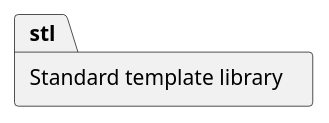
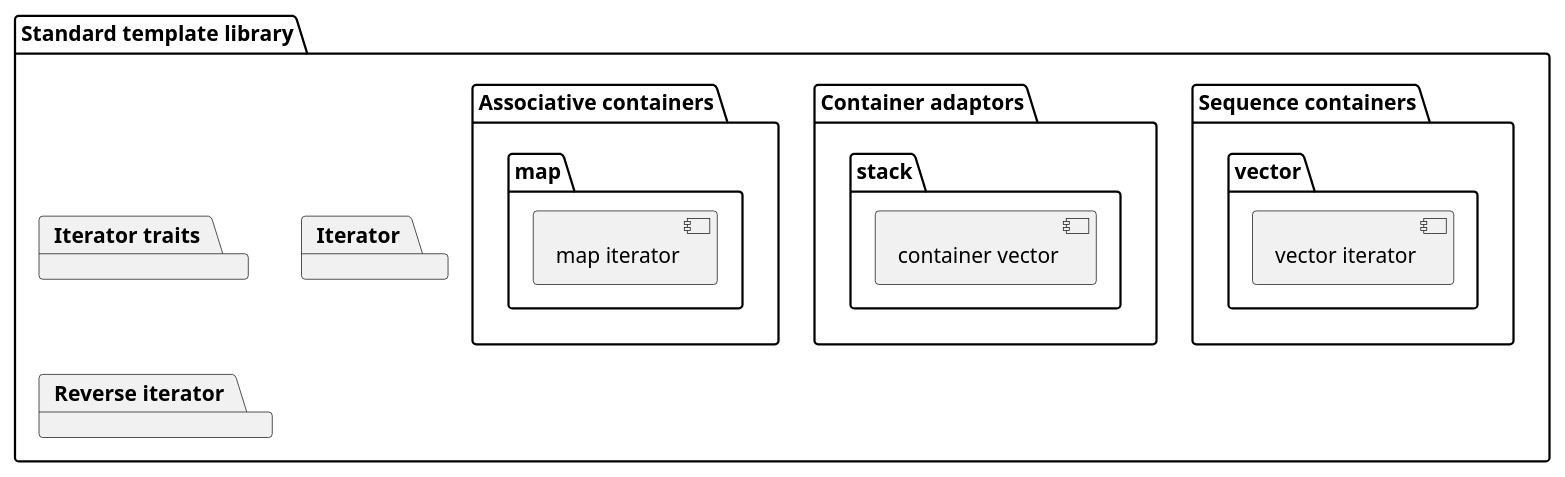
The second of 4 diagrams in assets/README.adoc (t-h2o/container), drawn with PlantUML before and after one commit. The commit also changed other lines of this file and 6 other files, not shown here.

```diff
--- a/assets/README.adoc
+++ b/assets/README.adoc
@@ -6,9 +35,35 @@
-[plantuml, target=global, format=svg, width=100%]
+[plantuml, target=global_comp, format=svg, width=100%]
 ....
 @startuml
 skinparam defaultFontName JetBrains Mono
 
-package "Standard template library" as stl
+package "Standard template library" as stl {
+	package "Sequence containers" {
+		package "vector" {
+			[vector iterator]
+		}
+	}
+
+	package "Container adaptors" {
+		package "stack" {
+			[container vector]
+		}
+
+	}
+
+	package "Associative containers" {
+		package "map" {
+			[map iterator]
+		}
+	}
+
+	package "Iterator traits"
+
+	package "Iterator"
+
+	package "Reverse iterator"
+
+}
 
 @enduml
 ....
```
